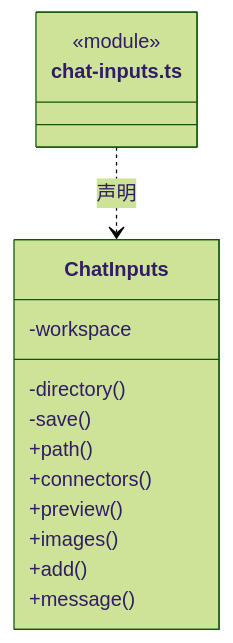
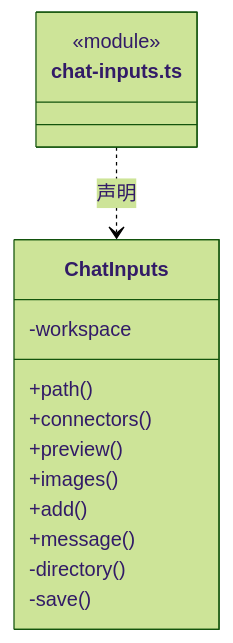
One commit to nan023062/cbim changed the third of 8 diagrams in src/backend/main/persistence/tasks/ARCHITECTURE.md. Above: the diagram before and after it, drawn with Mermaid (forest theme). The commit also changed other lines of this file and 240 other files, not shown here.

````diff
--- a/src/backend/main/persistence/tasks/ARCHITECTURE.md
+++ b/src/backend/main/persistence/tasks/ARCHITECTURE.md
@@ -22,18 +56,18 @@
 ```mermaid
 classDiagram
 class N_src_backend_main_persistence_tasks_chat_inputs_ts["chat-inputs.ts"] {
   <<module>>
 }
 class N_src_backend_main_persistence_tasks_chat_inputs_ts_ChatInputs["ChatInputs"] {
-  -workspace
-  -directory()
-  -save()
   +path()
   +connectors()
   +preview()
   +images()
   +add()
   +message()
+  -workspace
+  -directory()
+  -save()
 }
 N_src_backend_main_persistence_tasks_chat_inputs_ts ..> N_src_backend_main_persistence_tasks_chat_inputs_ts_ChatInputs : 声明
 ```
````
